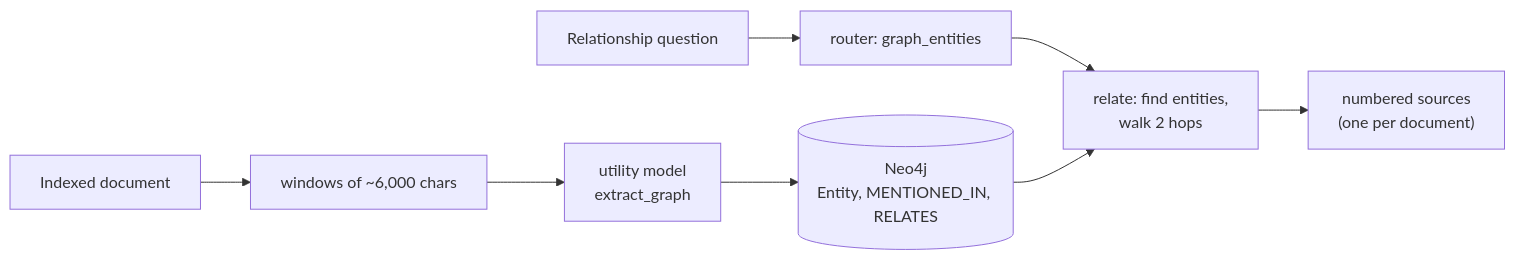
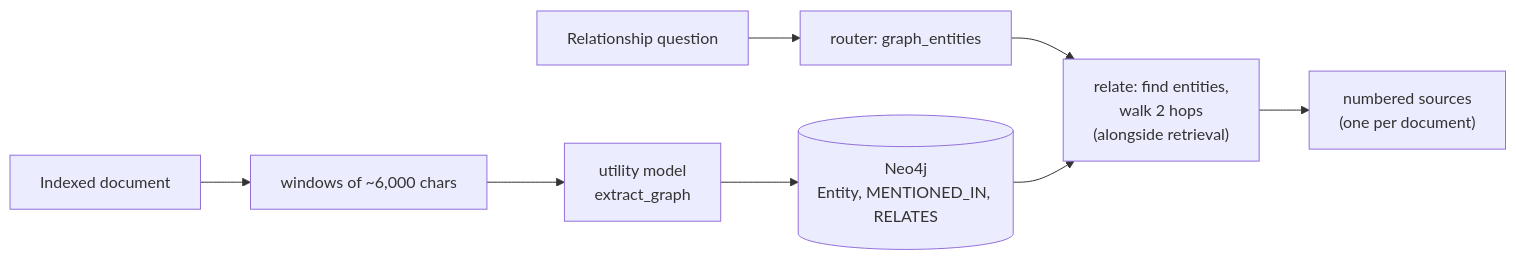
Before and after one commit to chaudhary-rishabh/Tessel: the fifth of 12 diagrams in docs/ARCHITECTURE.md, drawn with Mermaid. The commit also changed other lines of this file and 4 other files, not shown here.

````diff
--- a/docs/ARCHITECTURE.md
+++ b/docs/ARCHITECTURE.md
@@ -259,10 +264,10 @@
 ```mermaid
 flowchart LR
   doc["Indexed document"] --> windows["windows of ~6,000 chars"]
   windows --> extract["utility model<br/>extract_graph"]
   extract --> neo[("Neo4j<br/>Entity, MENTIONED_IN, RELATES")]
   q["Relationship question"] --> router["router: graph_entities"]
-  router --> relate["relate: find entities,<br/>walk 2 hops"]
+  router --> relate["relate: find entities,<br/>walk 2 hops<br/>(alongside retrieval)"]
   neo --> relate
   relate --> sources["numbered sources<br/>(one per document)"]
 ```
````
